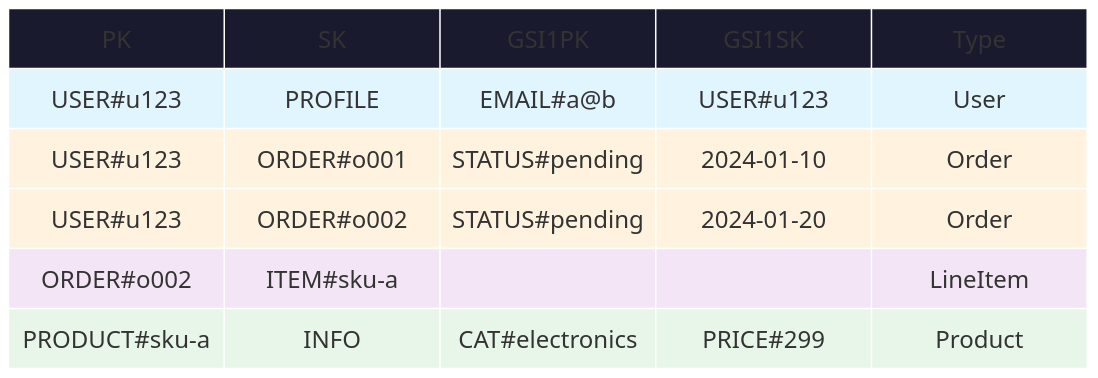
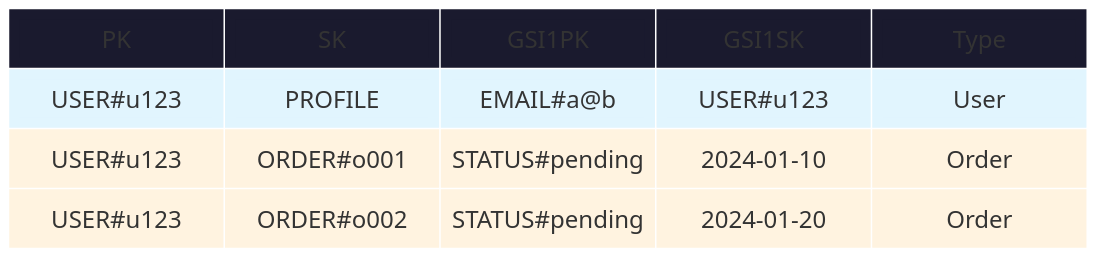
One commit to zeroae/.claude changed the first of 4 diagrams in plugins/dynamodb/skills/design/references/table-layout-options.md. Above: the diagram before and after it, drawn with Mermaid. The commit also changed other lines of this file and 1 other file, not shown here.

````diff
--- a/plugins/dynamodb/skills/design/references/table-layout-options.md
+++ b/plugins/dynamodb/skills/design/references/table-layout-options.md
@@ -47,25 +52,18 @@
-```mermaid 
-%%{init: {"block": {"padding": 8, "nodeSpacing": 0, "rankSpacing": 0}, "themeVariables": {"blockGap": 0}} }%%
+```mermaid
+%%{init: {"block": {"padding": 8}} }%%
 block-beta
     columns 5
 
     PK["PK"] SK["SK"] GSI1PK["GSI1PK"] GSI1SK["GSI1SK"] Type["Type"]
-
     a1["USER#u123"] a2["PROFILE"] a3["EMAIL#a@b"] a4["USER#u123"] a5["User"]
     b1["USER#u123"] b2["ORDER#o001"] b3["STATUS#pending"] b4["2024-01-10"] b5["Order"]
     c1["USER#u123"] c2["ORDER#o002"] c3["STATUS#pending"] c4["2024-01-20"] c5["Order"]
-    d1["ORDER#o002"] d2["ITEM#sku-a"] d3[" "] d4[" "] d5["LineItem"]
-    e1["PRODUCT#sku-a"] e2["INFO"] e3["CAT#electronics"] e4["PRICE#299"] e5["Product"]
 
     classDef header fill:#1a1a2e,color:#fff,stroke:#1a1a2e,stroke-width:7px
     classDef user fill:#e1f5fe,stroke:#e1f5fe,stroke-width:7px
     classDef order fill:#fff3e0,stroke:#fff3e0,stroke-width:7px
-    classDef lineitem fill:#f3e5f5,stroke:#f3e5f5,stroke-width:7px
-    classDef product fill:#e8f5e9,stroke:#e8f5e9,stroke-width:7px
 
     class PK,SK,GSI1PK,GSI1SK,Type header
     class a1,a2,a3,a4,a5 user
     class b1,b2,b3,b4,b5,c1,c2,c3,c4,c5 order
-    class d1,d2,d3,d4,d5 lineitem
-    class e1,e2,e3,e4,e5 product
 ```
````
